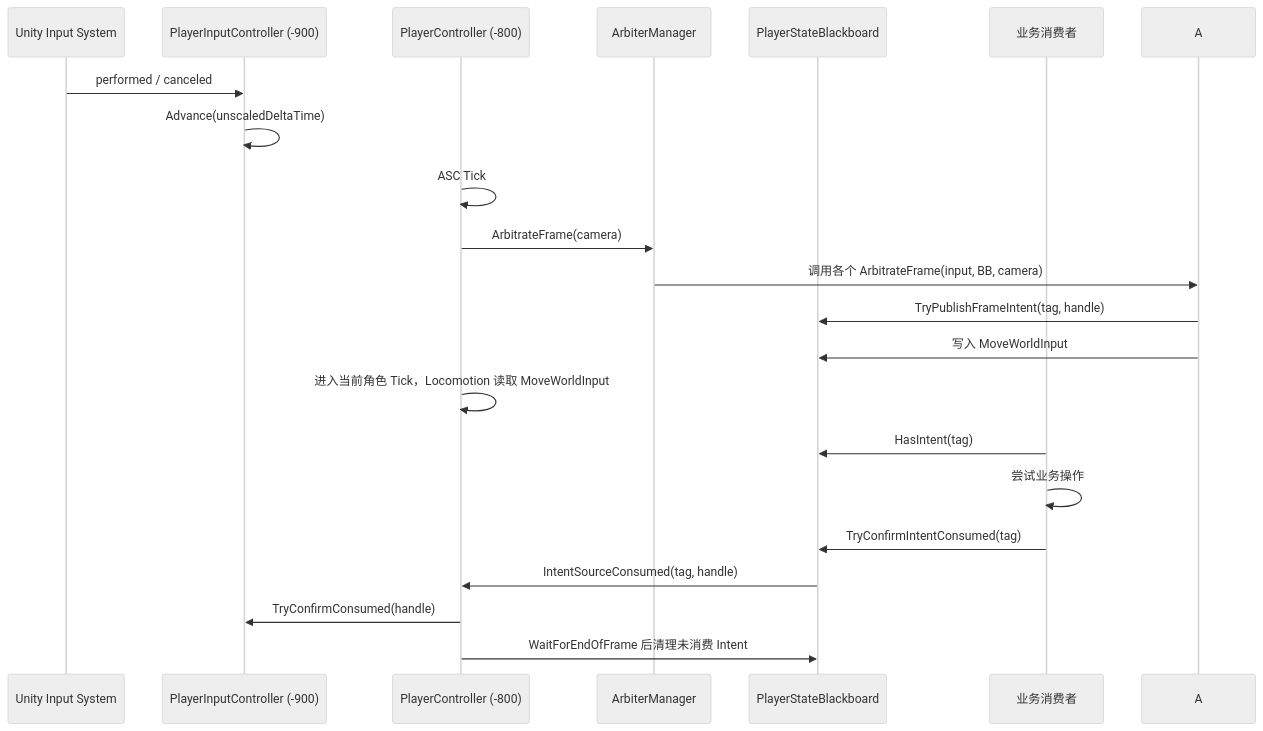
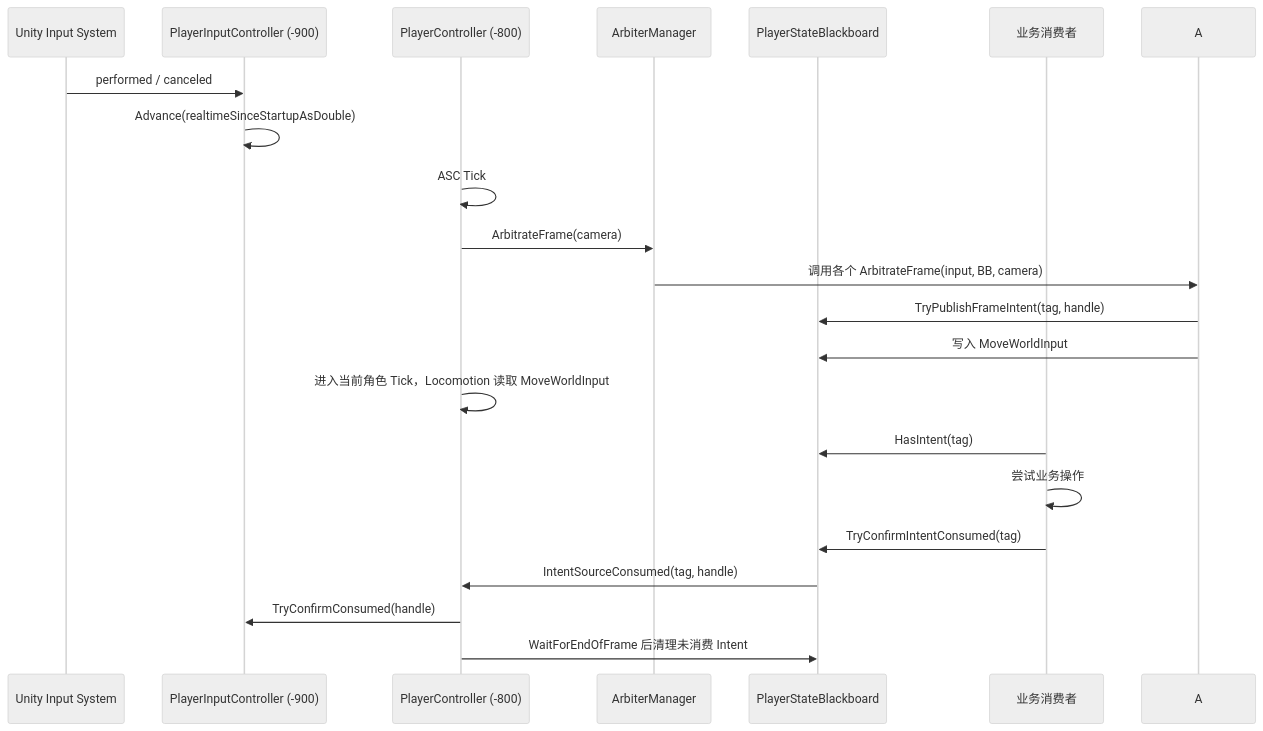
One commit to Whitesheeeep/3DRPG changed the fourth of 4 diagrams in Assets/Scripts/Input/PlayerInputPreprocessing.md. Above: the diagram before and after it, drawn with Mermaid (neutral theme). The commit also changed other lines of this file and 292 other files, not shown here.

````diff
--- a/Assets/Scripts/Input/PlayerInputPreprocessing.md
+++ b/Assets/Scripts/Input/PlayerInputPreprocessing.md
@@ -277,24 +301,24 @@
 ```mermaid
 sequenceDiagram
     participant IS as Unity Input System
     participant IC as PlayerInputController (-900)
     participant PC as PlayerController (-800)
     participant AM as ArbiterManager
     participant BB as PlayerStateBlackboard
     participant BC as 业务消费者
 
     IS->>IC: performed / canceled
-    IC->>IC: Advance(unscaledDeltaTime)
+    IC->>IC: Advance(realtimeSinceStartupAsDouble)
     PC->>PC: ASC Tick
     PC->>AM: ArbitrateFrame(camera)
     AM->>A: 调用各个 ArbitrateFrame(input, BB, camera)
     A->>BB: TryPublishFrameIntent(tag, handle)
     A->>BB: 写入 MoveWorldInput
     PC->>PC: 进入当前角色 Tick，Locomotion 读取 MoveWorldInput
     BC->>BB: HasIntent(tag)
     BC->>BC: 尝试业务操作
     BC->>BB: TryConfirmIntentConsumed(tag)
     BB->>PC: IntentSourceConsumed(tag, handle)
     PC->>IC: TryConfirmConsumed(handle)
     PC->>BB: WaitForEndOfFrame 后清理未消费 Intent
 ```
````
